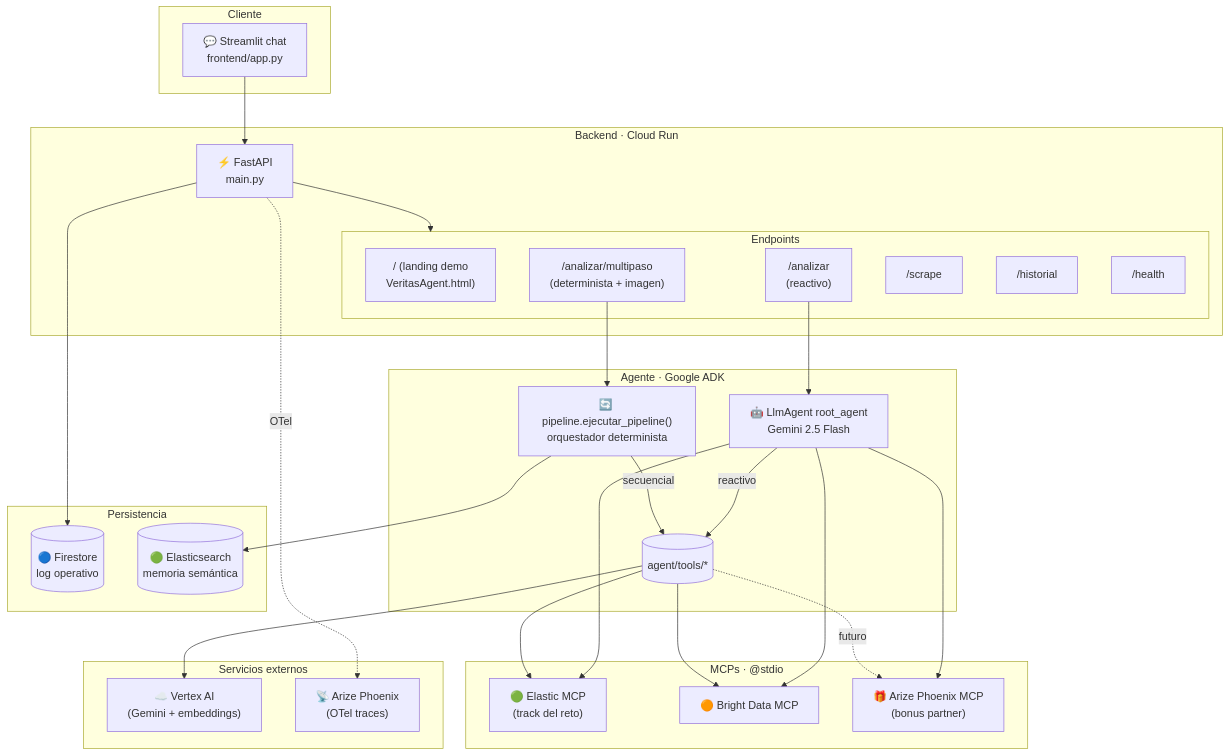
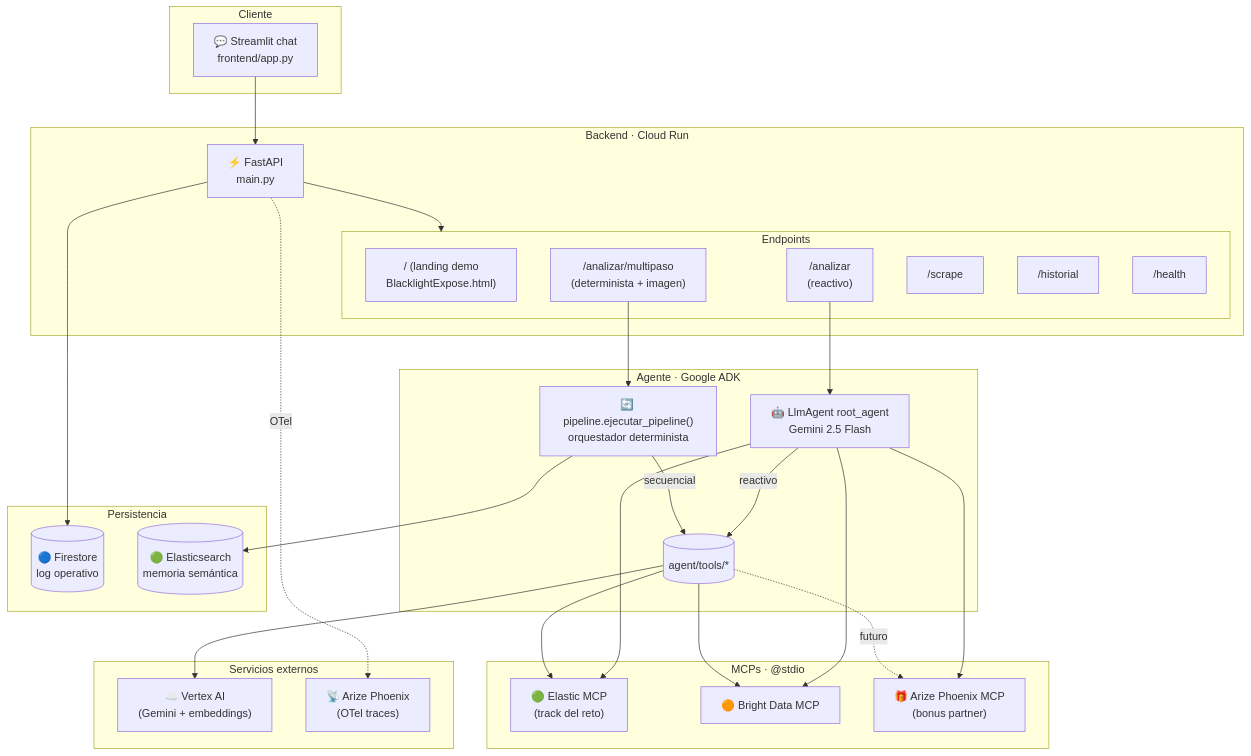
One commit to mariana-ruge/Hackaton-Fake-News changed the first of 6 diagrams in docs/architecture.md. Above: the diagram before and after it, drawn with Mermaid. The commit also changed other lines of this file and 19 other files, not shown here.

````diff
--- a/docs/architecture.md
+++ b/docs/architecture.md
@@ -10,53 +10,53 @@
 ```mermaid
 flowchart TB
     subgraph Cliente["Cliente"]
         UI["💬 Streamlit chat<br/>frontend/app.py"]
     end
 
     subgraph Backend["Backend · Cloud Run"]
         API["⚡ FastAPI<br/>main.py"]
         subgraph Endpoints["Endpoints"]
-            E0["/ (landing demo<br/>VeritasAgent.html)"]
+            E0["/ (landing demo<br/>BlacklightExpose.html)"]
             E1["/analizar<br/>(reactivo)"]
             E2["/analizar/multipaso<br/>(determinista + imagen)"]
             E3["/scrape"]
             E4["/historial"]
             E5["/health"]
         end
     end
 
     subgraph Agente["Agente · Google ADK"]
         ROOT["🤖 LlmAgent root_agent<br/>Gemini 2.5 Flash"]
         PIPE["🔄 pipeline.ejecutar_pipeline()<br/>orquestador determinista"]
         ROOT -->|reactivo| TOOLS[("agent/tools/*")]
         PIPE -->|secuencial| TOOLS
     end
 
     subgraph MCPs["MCPs · @stdio"]
         MCP1["🟢 Elastic MCP<br/>(track del reto)"]
         MCP2["🟠 Bright Data MCP"]
         MCP3["🎁 Arize Phoenix MCP<br/>(bonus partner)"]
     end
 
     subgraph Datos["Persistencia"]
         FS[("🔵 Firestore<br/>log operativo")]
         ES[("🟢 Elasticsearch<br/>memoria semántica")]
     end
 
     subgraph Servicios["Servicios externos"]
         VX["☁️ Vertex AI<br/>(Gemini + embeddings)"]
         PHX["📡 Arize Phoenix<br/>(OTel traces)"]
     end
 
     UI --> API
     API --> Endpoints
     E1 --> ROOT
     E2 --> PIPE
     ROOT --> MCP1 & MCP2 & MCP3
     TOOLS --> MCP1 & MCP2
     TOOLS -.->|futuro| MCP3
     PIPE --> ES
     API --> FS
     TOOLS --> VX
     API -.->|OTel| PHX
 ```
````
